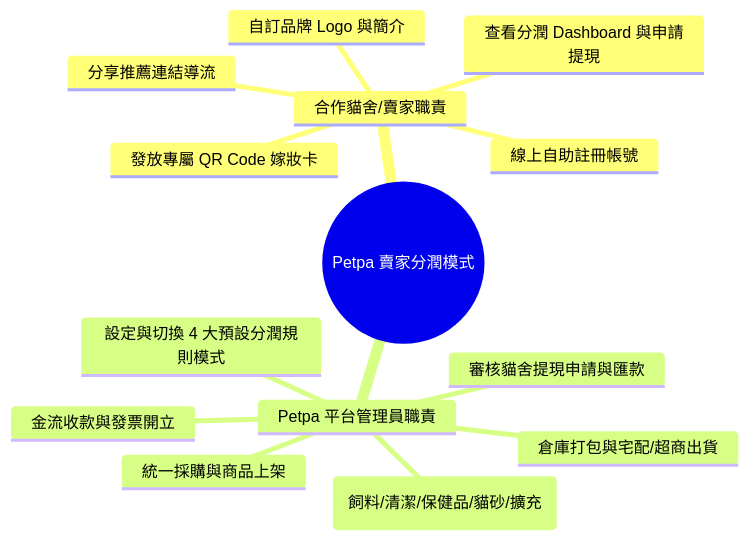
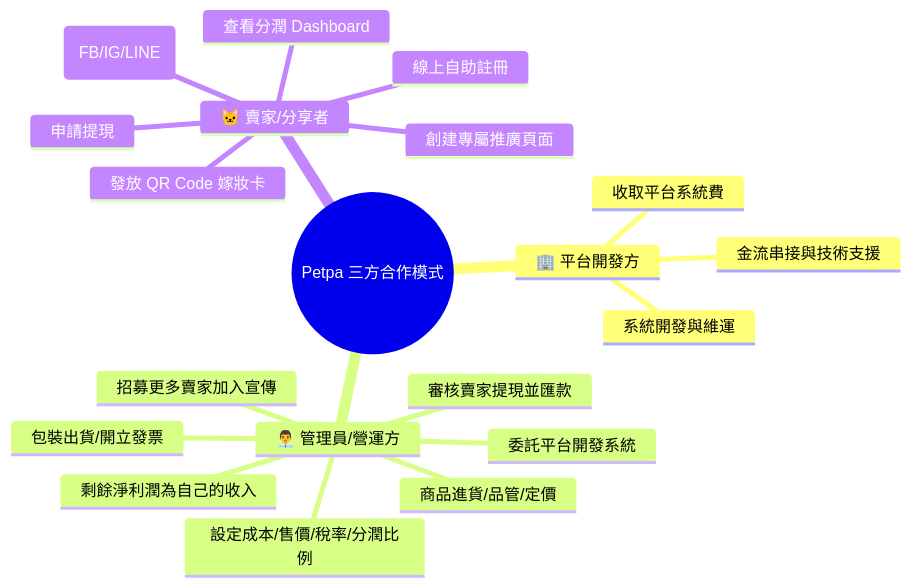
The diagram in BUSINESS_RULES.md (steve-shih/Petpa), drawn with Mermaid before and after one commit. The commit also changed other lines of this file and 2 other files, not shown here.

````diff
--- a/BUSINESS_RULES.md
+++ b/BUSINESS_RULES.md
@@ -91,17 +120,23 @@
 ```mermaid
 mindmap
-  root((Petpa 賣家分潤模式))
-    合作貓舍/賣家職責
-      線上自助註冊帳號
-      自訂品牌 Logo 與簡介
-      發放專屬 QR Code 嫁妝卡
-      分享推薦連結導流
-      查看分潤 Dashboard 與申請提現
-    Petpa 平台管理員職責
-      自定義動態商品分類 (飼料/清潔/保健品/貓砂/擴充)
-      統一採購與商品上架
-      設定與切換 4 大預設分潤規則模式
-      金流收款與發票開立
-      倉庫打包與宅配/超商出貨
-      審核貓舍提現申請與匯款
+  root((Petpa 三方合作模式))
+    🏢 平台開發方
+      系統開發與維運
+      金流串接與技術支援
+      收取平台系統費
+    👨‍💼 管理員/營運方
+      委託平台開發系統
+      招募更多賣家加入宣傳
+      商品進貨/品管/定價
+      設定成本/售價/稅率/分潤比例
+      包裝出貨/開立發票
+      審核賣家提現並匯款
+      剩餘淨利潤為自己的收入
+    🐱 賣家/分享者
+      線上自助註冊
+      創建專屬推廣頁面
+      社群宣傳導流 (FB/IG/LINE)
+      發放 QR Code 嫁妝卡
+      查看分潤 Dashboard
+      申請提現
 ```
````
